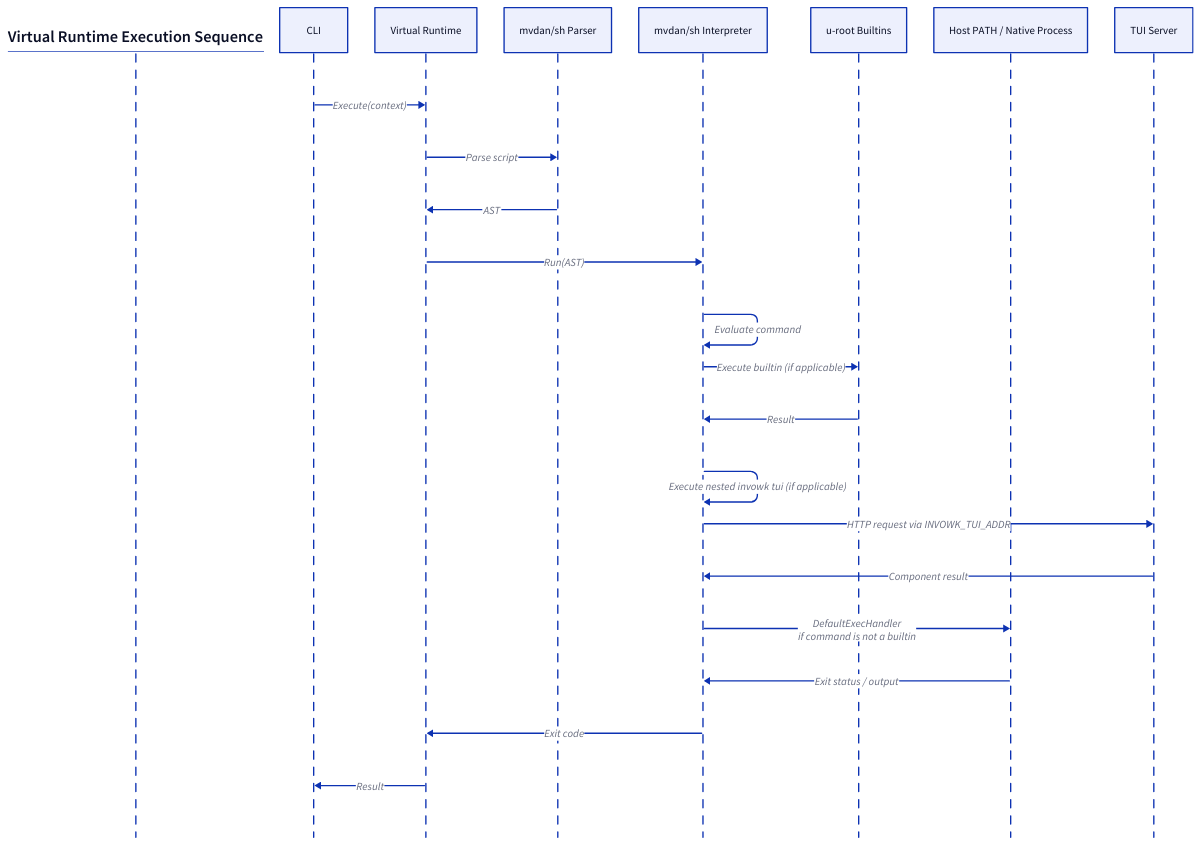
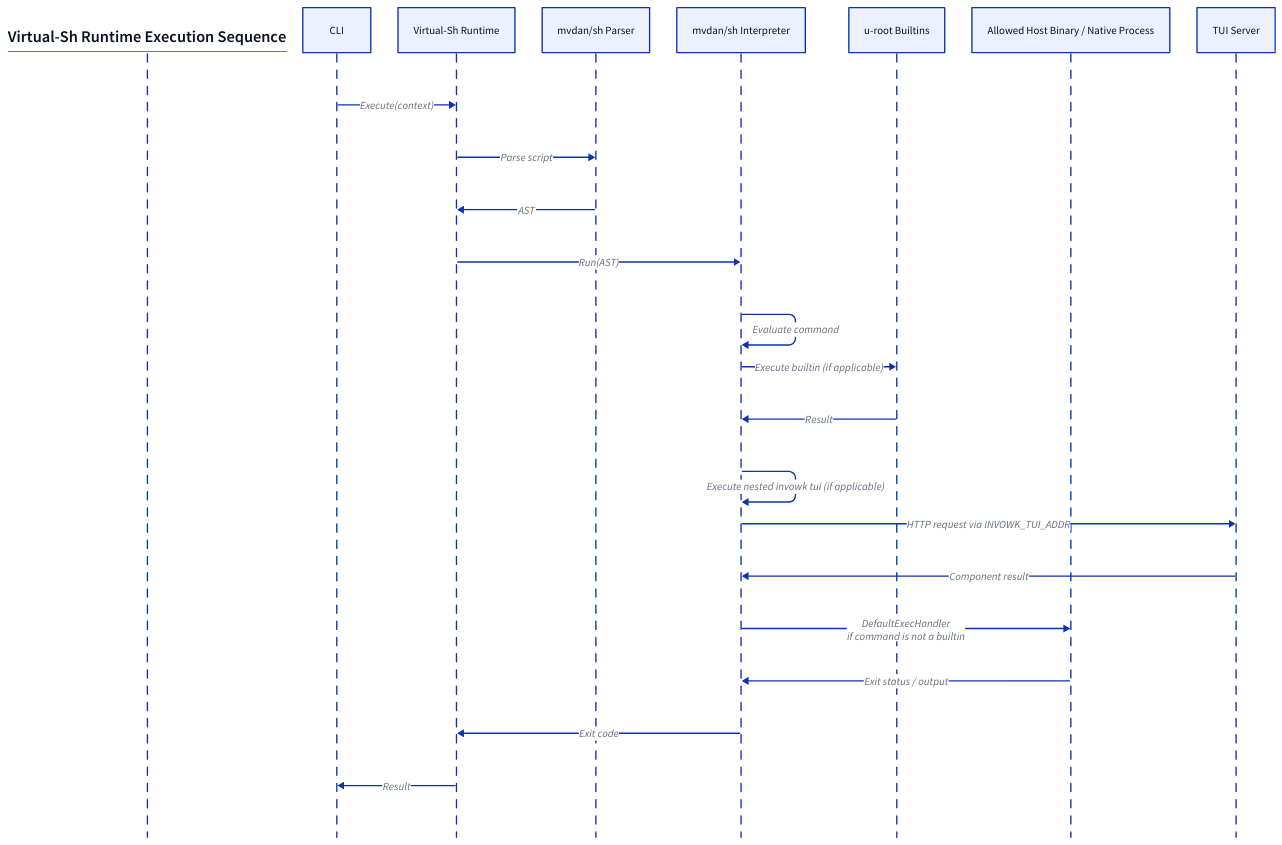
The diagram in docs/diagrams/sequences/execution-virtual.d2 (invowk/invowk), drawn with D2 before and after one commit. The commit also changed 367 other files, not shown here. The source asks for the TALA layout; these drawings use dagre instead.

First line of the commit message:
feat(runtime): rename virtual runtime and add Lua support (#115)

```diff
--- a/docs/diagrams/sequences/execution-virtual.d2
+++ b/docs/diagrams/sequences/execution-virtual.d2
@@ -1,64 +1,64 @@
-# Virtual Runtime Execution Sequence Diagram
+# Virtual-Sh Runtime Execution Sequence Diagram
 #
-# Shows the execution flow for the virtual (mvdan/sh) runtime:
+# Shows the execution flow for the virtual-sh (mvdan/sh) runtime:
 # - Script parsing to AST
 # - Interpretation with builtin handling
 # - TUI requests via nested invowk commands
 #
 # Note: TUI interaction happens when the script executes nested
 # `invowk tui *` commands, which use INVOWK_TUI_ADDR and
 # INVOWK_TUI_TOKEN env vars to communicate with the TUI server.
 #
 # Source: docs/architecture/sequence-execution.md
 
 vars: {
   d2-config: {
     layout-engine: tala
   }
 }
 
 title: |md
-  ## Virtual Runtime Execution Sequence
+  ## Virtual-Sh Runtime Execution Sequence
 |
 
 shape: sequence_diagram
 
 # Participants
 CLI
-VirtualRT: Virtual Runtime
+VirtualRT: Virtual-Sh Runtime
 Parser: mvdan/sh Parser
 Interp: mvdan/sh Interpreter
 Builtins: u-root Builtins
-HostExec: Host PATH / Native Process
+HostExec: Allowed Host Binary / Native Process
 TUI: TUI Server
 
 # Entry
 CLI -> VirtualRT: Execute(context)
 
 # 1. Parse Phase
 VirtualRT -> Parser: Parse script
 Parser -> VirtualRT: AST
 
 # 2. Interpretation Phase
 VirtualRT -> Interp: Run(AST)
 
 # Command evaluation loop
 Interp -> Interp: Evaluate command
 
 # u-root builtin path
 Interp -> Builtins: Execute builtin (if applicable)
 Builtins -> Interp: Result
 
 # TUI request path (via nested invowk command)
 Interp -> Interp: Execute nested invowk tui (if applicable)
 Interp -> TUI: HTTP request via INVOWK_TUI_ADDR
 TUI -> Interp: Component result
 
 # External command path
 Interp -> HostExec: "DefaultExecHandler\nif command is not a builtin"
 HostExec -> Interp: Exit status / output
 
 Interp -> VirtualRT: Exit code
 
 # Return
 VirtualRT -> CLI: Result
```
